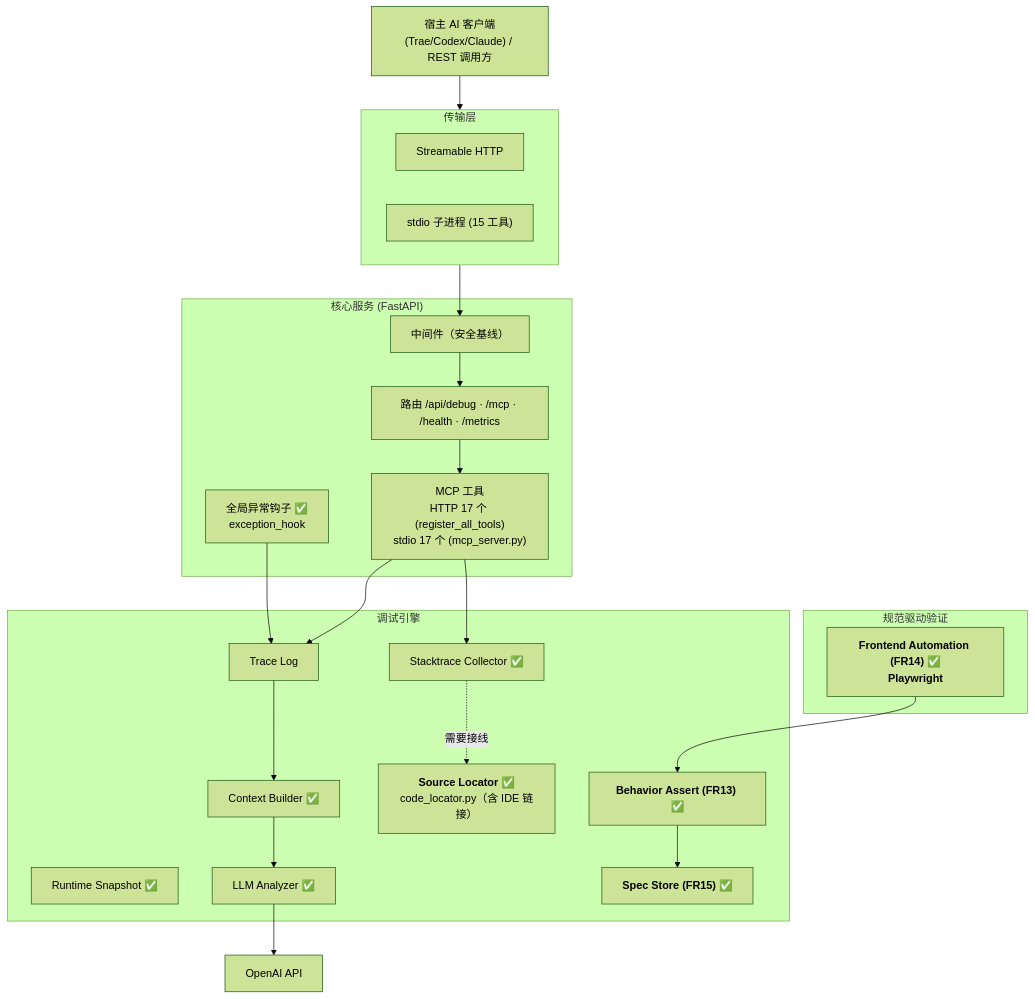
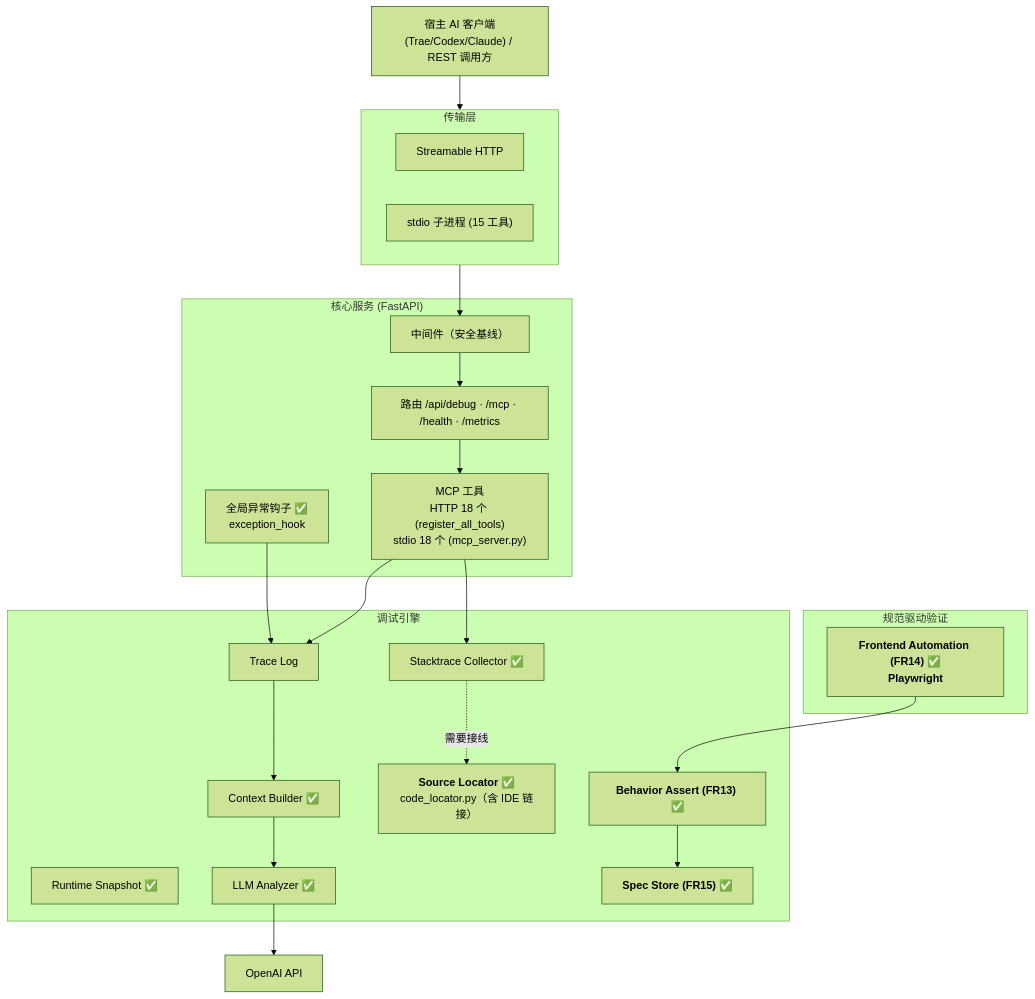
One commit to Ljj041120/Lujo-MCP changed the first of 3 diagrams in docs/public/PRD.md. Above: the diagram before and after it, drawn with Mermaid (forest theme). The commit also changed other lines of this file and 6 other files, not shown here.

````diff
--- a/docs/public/PRD.md
+++ b/docs/public/PRD.md
@@ -371,42 +371,42 @@
 ```mermaid
 flowchart TB
     Client["宿主 AI 客户端<br/>(Trae/Codex/Claude) / REST 调用方"]
 
     subgraph Transport["传输层"]
         HTTP["Streamable HTTP"]
         STDIO["stdio 子进程 (15 工具)"]
     end
 
     subgraph Core["核心服务 (FastAPI)"]
         Hook["全局异常钩子 ✅<br/>exception_hook"]
         MW["中间件（安全基线）"]
         Router["路由 /api/debug · /mcp · /health · /metrics"]
-        Tools["MCP 工具<br/>HTTP 17 个 (register_all_tools)<br/>stdio 17 个 (mcp_server.py)"]
+        Tools["MCP 工具<br/>HTTP 18 个 (register_all_tools)<br/>stdio 18 个 (mcp_server.py)"]
     end
 
     subgraph Engine["调试引擎"]
         Logs["Trace Log"]
         Builder["Context Builder ✅"]
         Stack["Stacktrace Collector ✅"]
         Locator["<b>Source Locator ✅</b><br/>code_locator.py（含 IDE 链接）"]
         Runtime["Runtime Snapshot ✅"]
         Analyzer["LLM Analyzer ✅"]
         Assert["<b>Behavior Assert (FR13) ✅</b>"]
         SpecStore["<b>Spec Store (FR15) ✅</b>"]
     end
 
     subgraph Verify["规范驱动验证"]
         E2E["<b>Frontend Automation (FR14) ✅<br/>Playwright</b>"]
     end
 
     Client --> Transport
     Hook --> Logs
     Transport --> MW --> Router --> Tools
     Tools --> Logs --> Builder
     Tools --> Stack
     Stack -.需要接线.-> Locator
     Builder --> Analyzer
     Analyzer --> LLM["OpenAI API"]
     Assert --> SpecStore
     E2E --> Assert
 ```
````
